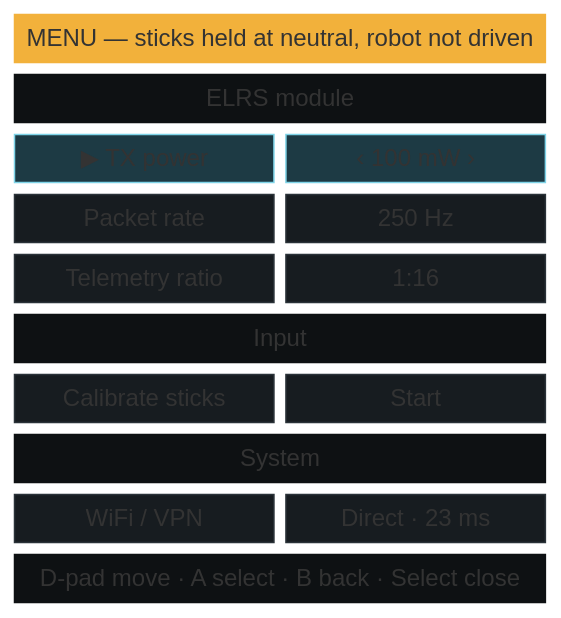
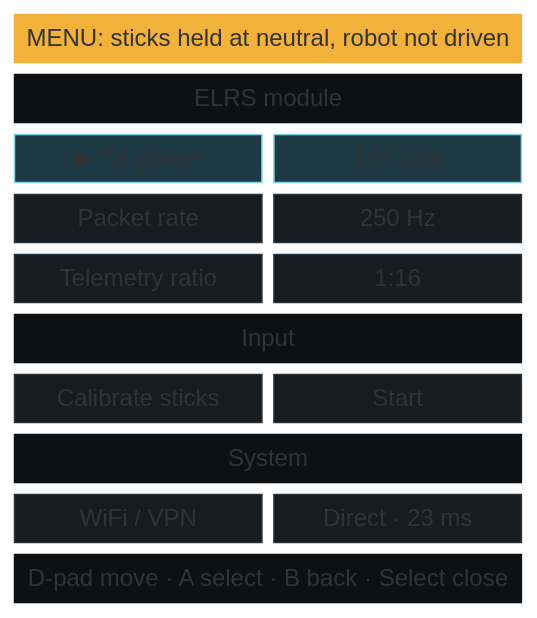
Before and after one commit to AlessioMorale/r36s_remote_controller: the eighth of 9 diagrams in design.md, drawn with Mermaid. The commit also changed other lines of this file and 48 other files, not shown here.

````diff
--- a/design.md
+++ b/design.md
@@ -286,22 +286,22 @@
 ```mermaid
 block-beta
   columns 2
-  hdr["MENU — sticks held at neutral, robot not driven"]:2
+  hdr["MENU: sticks held at neutral, robot not driven"]:2
   s1["ELRS module"]:2
   p1["▶ TX power"] v1["‹ 100 mW ›"]
   p2["Packet rate"] v2["250 Hz"]
   p3["Telemetry ratio"] v3["1:16"]
   s2["Input"]:2
   p4["Calibrate sticks"] v4["Start"]
   s3["System"]:2
   p5["WiFi / VPN"] v5["Direct · 23 ms"]
   ftr["D-pad move · A select · B back · Select close"]:2
   classDef hdr fill:#f2b13b,stroke:#f2b13b,color:#1b1306
   classDef sec fill:#0e1113,stroke:#0e1113,color:#9aa6ae
   classDef row fill:#171c20,stroke:#2a3238,color:#e8edf0
   classDef focus fill:#1d3a44,stroke:#7fd4e8,color:#ffffff
   class hdr hdr
   class s1,s2,s3,ftr sec
   class p2,v2,p3,v3,p4,v4,p5,v5 row
   class p1,v1 focus
 ```
````
